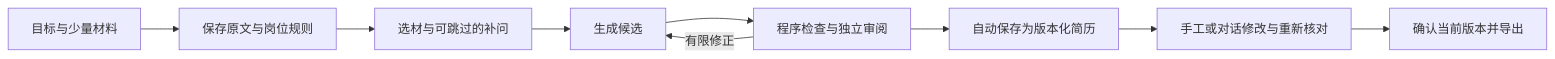
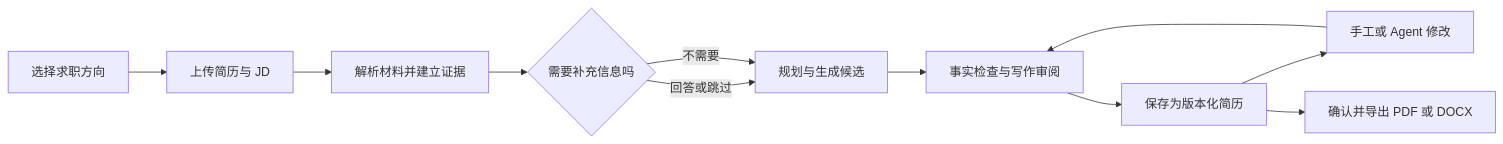
Before and after one commit to Dylanqxh/Match-Trajectory: the first of 2 diagrams in README.md, drawn with Mermaid. The commit also changed other lines of this file, not shown here.

Commit message:
docs: streamline README with architecture diagrams

````diff
--- a/README.md
+++ b/README.md
@@ -77,11 +51,13 @@
 ```mermaid
 flowchart LR
-  A[目标与少量材料] --> B[保存原文与岗位规则]
-  B --> C[选材与可跳过的补问]
-  C --> D[生成候选]
-  D --> E[程序检查与独立审阅]
-  E -->|有限修正| D
-  E --> F[自动保存为版本化简历]
-  F --> G[手工或对话修改与重新核对]
-  G --> H[确认当前版本并导出]
+    A[选择求职方向] --> B[上传简历与 JD]
+    B --> C[解析材料并建立证据]
+    C --> D{需要补充信息吗}
+    D -->|回答或跳过| E[规划与生成候选]
+    D -->|不需要| E
+    E --> F[事实检查与写作审阅]
+    F --> G[保存为版本化简历]
+    G --> H[手工或 Agent 修改]
+    H --> F
+    G --> I[确认并导出 PDF 或 DOCX]
 ```
````
